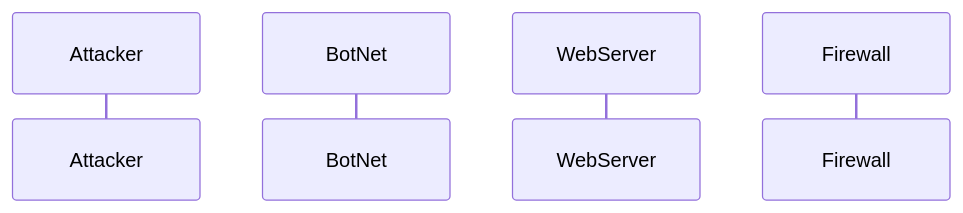
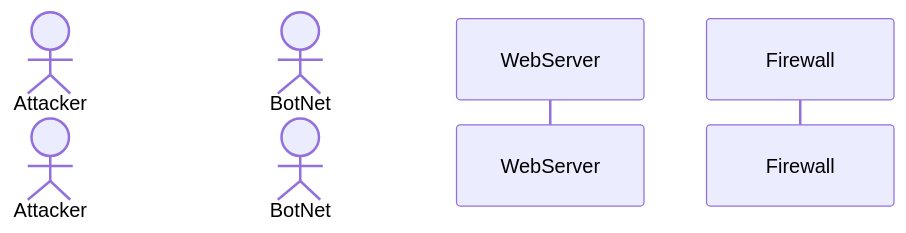
The diagram in DDoS_Attack_Sequence.md (DesHeaden/desheaden.github.io), drawn with Mermaid before and after one commit.

````diff
--- a/DDoS_Attack_Sequence.md
+++ b/DDoS_Attack_Sequence.md
@@ -3,7 +3,7 @@
 ```mermaid
 sequenceDiagram
-participant Attacker
-participant BotNet
+Actor Attacker
+Actor BotNet
 participant WebServer
 participant Firewall
 ```
````
